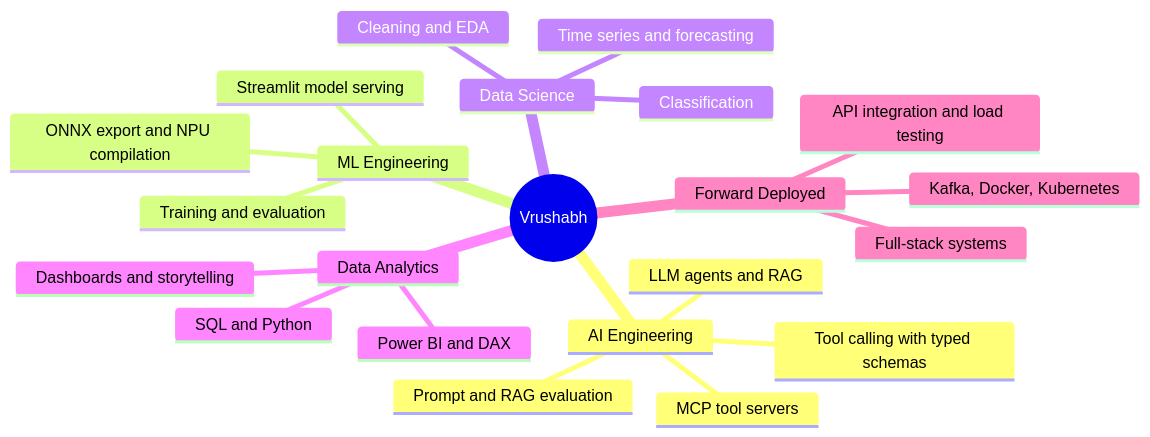
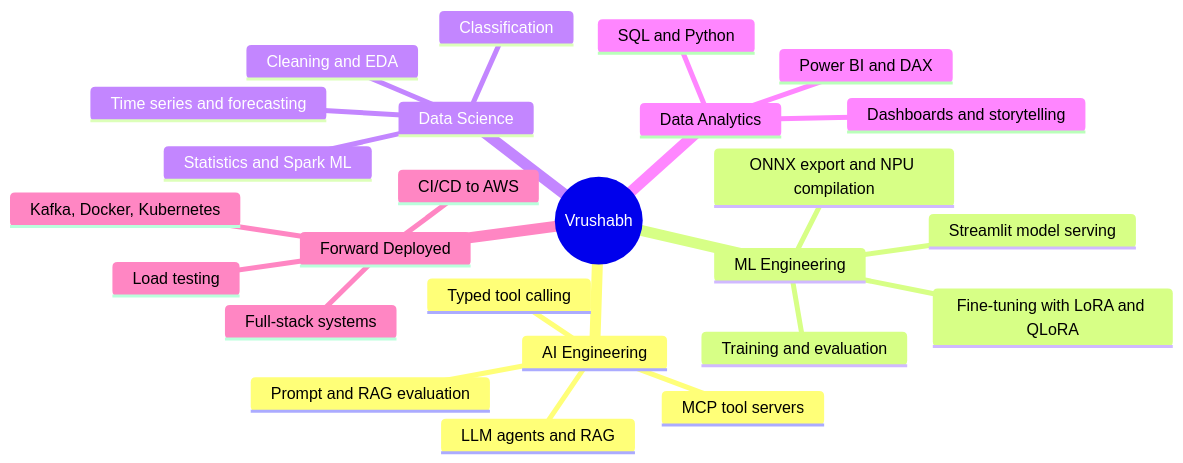
Before and after one commit to vrushabh05/vrushabh05: the first of 5 diagrams in README.md, drawn with Mermaid. The commit also changed other lines of this file and 4 other files, not shown here.

````diff
--- a/README.md
+++ b/README.md
@@ -29,25 +52,28 @@
 ```mermaid
 mindmap
   root((Vrushabh))
     AI Engineering
       MCP tool servers
       LLM agents and RAG
       Prompt and RAG evaluation
-      Tool calling with typed schemas
+      Typed tool calling
     ML Engineering
       Training and evaluation
       ONNX export and NPU compilation
+      Fine-tuning with LoRA and QLoRA
       Streamlit model serving
     Data Science
       Cleaning and EDA
       Classification
       Time series and forecasting
+      Statistics and Spark ML
     Data Analytics
       Power BI and DAX
       SQL and Python
       Dashboards and storytelling
     Forward Deployed
       Full-stack systems
       Kafka, Docker, Kubernetes
-      API integration and load testing
+      CI/CD to AWS
+      Load testing
 ```
````
